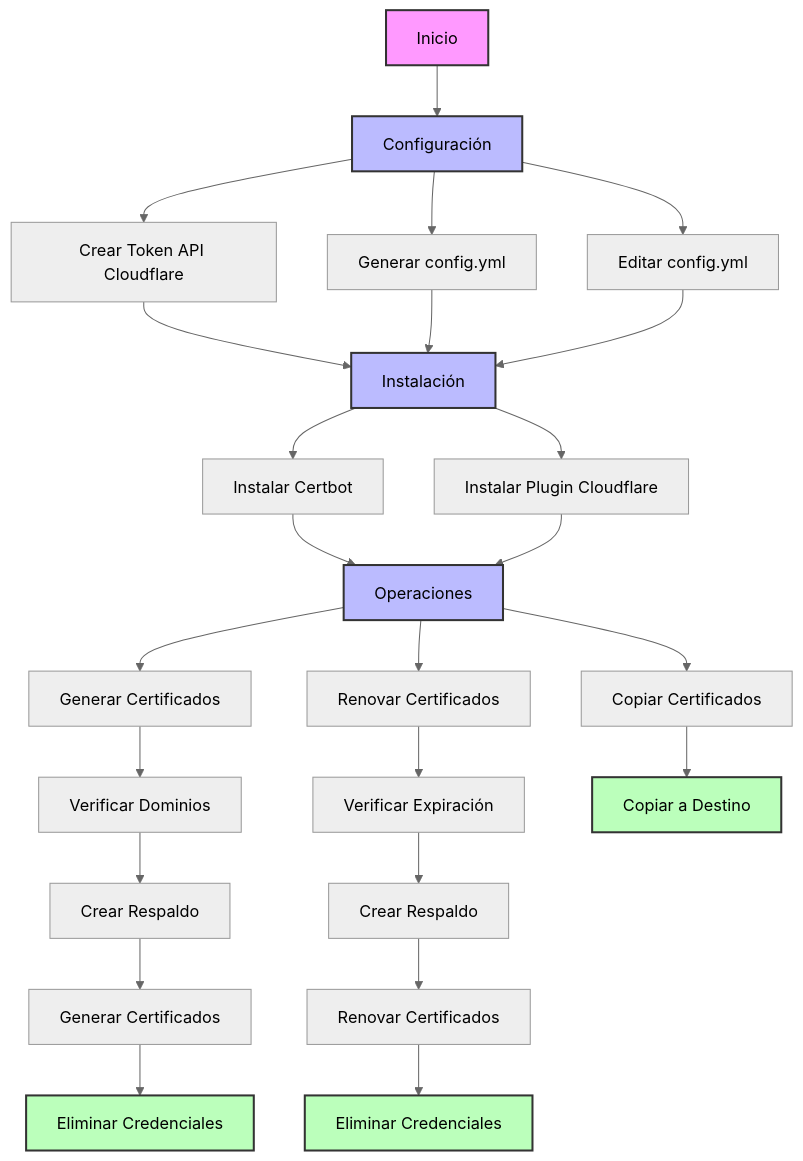
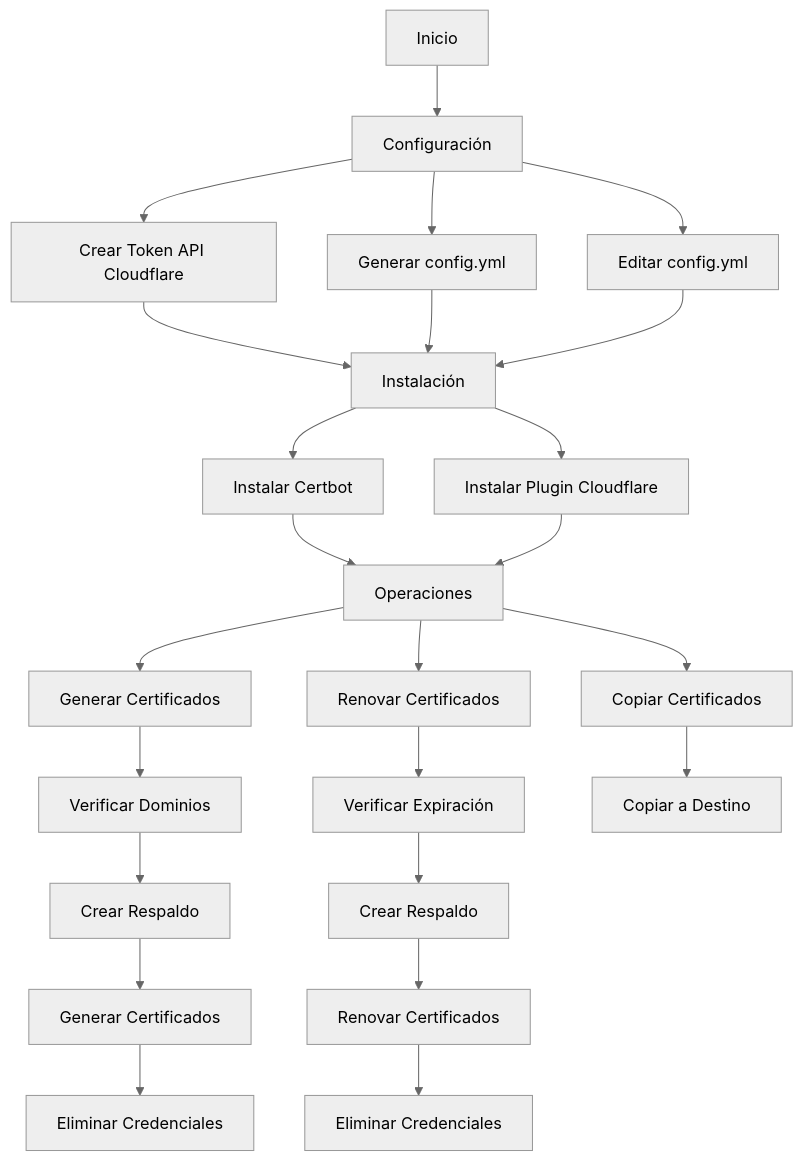
Before and after one commit to limogin/ssl-wildcard-cloudflare: the diagram in README.md, drawn with Mermaid (neutral theme).

````diff
--- a/README.md
+++ b/README.md
@@ -28,41 +28,34 @@
 ```mermaid
 graph TD
     A[Inicio] --> B[Configuración]
     B --> C[Crear Token API Cloudflare]
     B --> D[Generar config.yml]
     B --> E[Editar config.yml]
     
     C --> F[Instalación]
     D --> F
     E --> F
     
     F --> G[Instalar Certbot]
     F --> H[Instalar Plugin Cloudflare]
     
     G --> I[Operaciones]
     H --> I
     
     I --> J[Generar Certificados]
     I --> K[Renovar Certificados]
     I --> L[Copiar Certificados]
     
     J --> M[Verificar Dominios]
     M --> N[Crear Respaldo]
     N --> O[Generar Certificados]
     O --> P[Eliminar Credenciales]
     
     K --> Q[Verificar Expiración]
     Q --> R[Crear Respaldo]
     R --> S[Renovar Certificados]
     S --> T[Eliminar Credenciales]
     
-    L --> U[Copiar a Destino]
+    L --> U[Copiar a Destino]   
     
-    style A fill:#f9f,stroke:#333,stroke-width:2px
-    style B fill:#bbf,stroke:#333,stroke-width:2px
-    style F fill:#bbf,stroke:#333,stroke-width:2px
-    style I fill:#bbf,stroke:#333,stroke-width:2px
-    style P fill:#bfb,stroke:#333,stroke-width:2px
-    style T fill:#bfb,stroke:#333,stroke-width:2px
-    style U fill:#bfb,stroke:#333,stroke-width:2px
 ```
````
